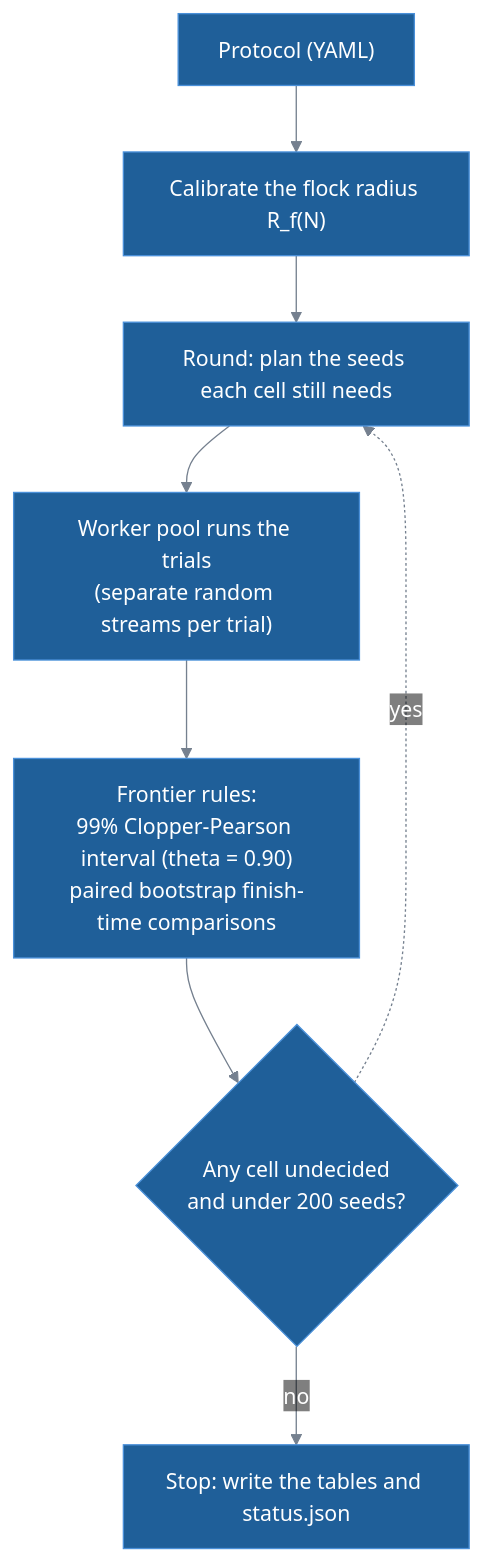
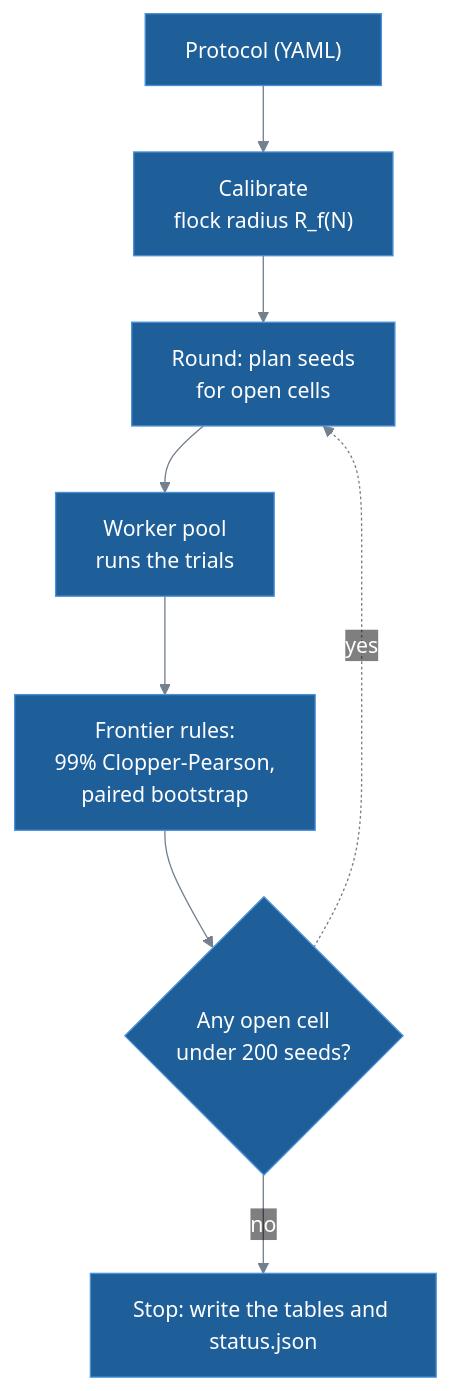
The diagram in docs/experiments/task_design.md (lykimq/HerdSim), drawn with Mermaid before and after one commit. The commit also changed other lines of this file and 38 other files, not shown here.

````diff
--- a/docs/experiments/task_design.md
+++ b/docs/experiments/task_design.md
@@ -195,11 +161,12 @@
 ```mermaid
 %%{init: {"theme": "base", "themeVariables": {"primaryColor": "#1f5f99", "primaryTextColor": "#ffffff", "primaryBorderColor": "#4a90d9", "lineColor": "#75808f", "tertiaryTextColor": "#75808f", "titleColor": "#75808f", "clusterBkg": "transparent", "clusterBorder": "#75808f", "edgeLabelBackground": "transparent"}}}%%
 flowchart TB
-    proto["Protocol (YAML)"] --> calib["Calibrate the flock radius R_f(N)"]
-    calib --> round["Round: plan the seeds each cell still needs"]
-    round --> pool["Worker pool runs the trials<br/>(separate random streams per trial)"]
-    pool --> rules["Frontier rules:<br/>99% Clopper-Pearson interval (theta = 0.90)<br/>paired bootstrap finish-time comparisons"]
-    rules --> more{"Any cell undecided<br/>and under 200 seeds?"}
+    proto["Protocol (YAML)"] --> calib["Calibrate<br/>flock radius R_f(N)"]
+    calib --> round["Round: plan seeds<br/>for open cells"]
+    pool["Worker pool<br/>runs the trials"]
+    round --> pool
+    pool --> rules["Frontier rules:<br/>99% Clopper-Pearson,<br/>paired bootstrap"]
+    rules --> more{"Any open cell<br/>under 200 seeds?"}
     more -.->|yes| round
     more -->|no| stop["Stop: write the tables and status.json"]
 ```
````
